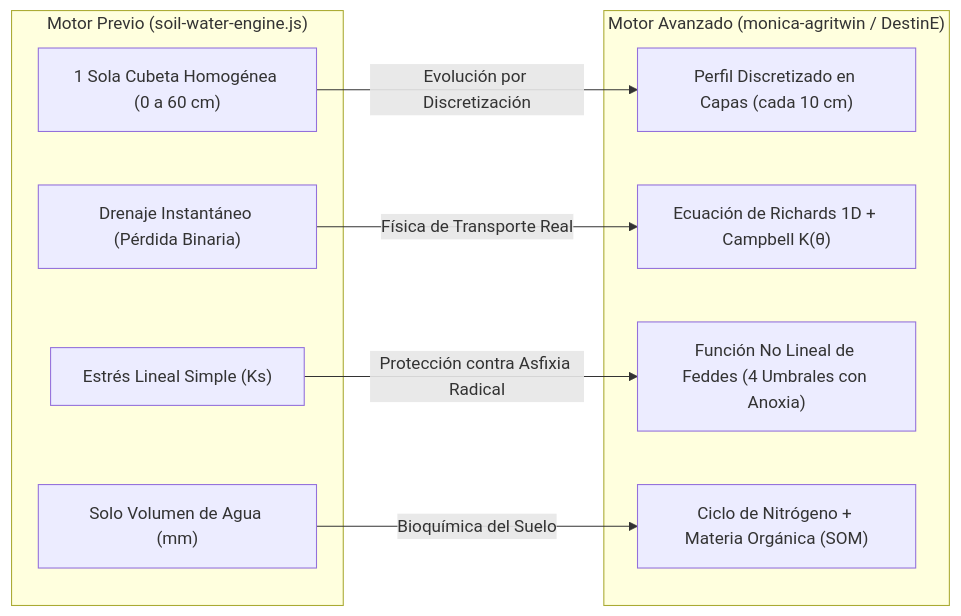
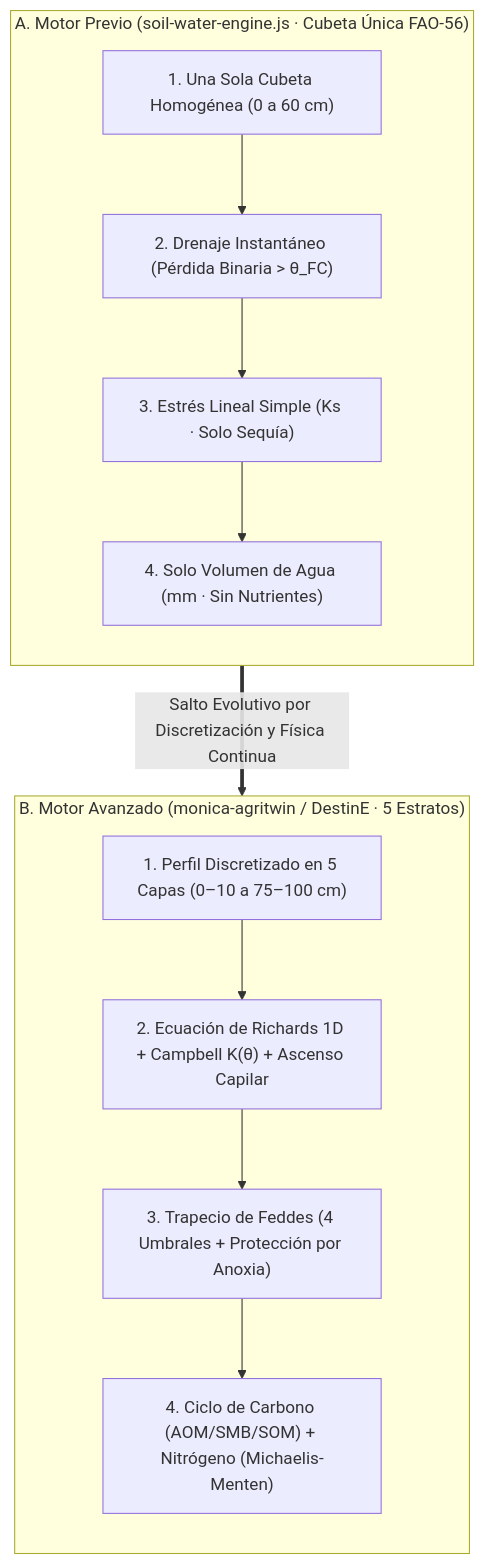
Before and after one commit to danisantanderurrutia-coder/agrotech: the fourth of 15 diagrams in webAgrotech/public/docs/TRATADO_MIGRACION_ARQUITECTURA_AGRITWIN_V3.md, drawn with Mermaid. The commit also changed other lines of this file and 4 other files, not shown here.

First line of the commit message:
docs(vault): actualizar Tratado v3.2.0 (20 caps, 67 pags, esquemas verticales y diagramas C-N/Kalman/Multitemporal)

````diff
--- a/webAgrotech/public/docs/TRATADO_MIGRACION_ARQUITECTURA_AGRITWIN_V3.md
+++ b/webAgrotech/public/docs/TRATADO_MIGRACION_ARQUITECTURA_AGRITWIN_V3.md
@@ -574,21 +570,14 @@
 ```mermaid
-flowchart LR
-    subgraph ANTES ["Motor Previo (soil-water-engine.js)"]
-        A1["1 Sola Cubeta Homogénea (0 a 60 cm)"]
-        A2["Drenaje Instantáneo (Pérdida Binaria)"]
-        A3["Estrés Lineal Simple (Ks)"]
-        A4["Solo Volumen de Agua (mm)"]
+flowchart TD
+    subgraph ANTES ["A. Motor Previo (soil-water-engine.js · Cubeta Única FAO-56)"]
+        direction TB
+        A1["1. Una Sola Cubeta Homogénea (0 a 60 cm)"] --> A2["2. Drenaje Instantáneo (Pérdida Binaria > θ_FC)"] --> A3["3. Estrés Lineal Simple (Ks · Solo Sequía)"] --> A4["4. Solo Volumen de Agua (mm · Sin Nutrientes)"]
     end
 
-    subgraph AHORA ["Motor Avanzado (monica-agritwin / DestinE)"]
-        B1["Perfil Discretizado en Capas (cada 10 cm)"]
-        B2["Ecuación de Richards 1D + Campbell K(θ)"]
-        B3["Función No Lineal de Feddes (4 Umbrales con Anoxia)"]
-        B4["Ciclo de Nitrógeno + Materia Orgánica (SOM)"]
+    subgraph AHORA ["B. Motor Avanzado (monica-agritwin / DestinE · 5 Estratos)"]
+        direction TB
+        B1["1. Perfil Discretizado en 5 Capas (0–10 a 75–100 cm)"] --> B2["2. Ecuación de Richards 1D + Campbell K(θ) + Ascenso Capilar"] --> B3["3. Trapecio de Feddes (4 Umbrales + Protección por Anoxia)"] --> B4["4. Ciclo de Carbono (AOM/SMB/SOM) + Nitrógeno (Michaelis-Menten)"]
     end
 
-    A1 -->|"Evolución por Discretización"| B1
-    A2 -->|"Física de Transporte Real"| B2
-    A3 -->|"Protección contra Asfixia Radical"| B3
-    A4 -->|"Bioquímica del Suelo"| B4
+    ANTES ==>|"Salto Evolutivo por Discretización y Física Continua"| AHORA
 ```
````
